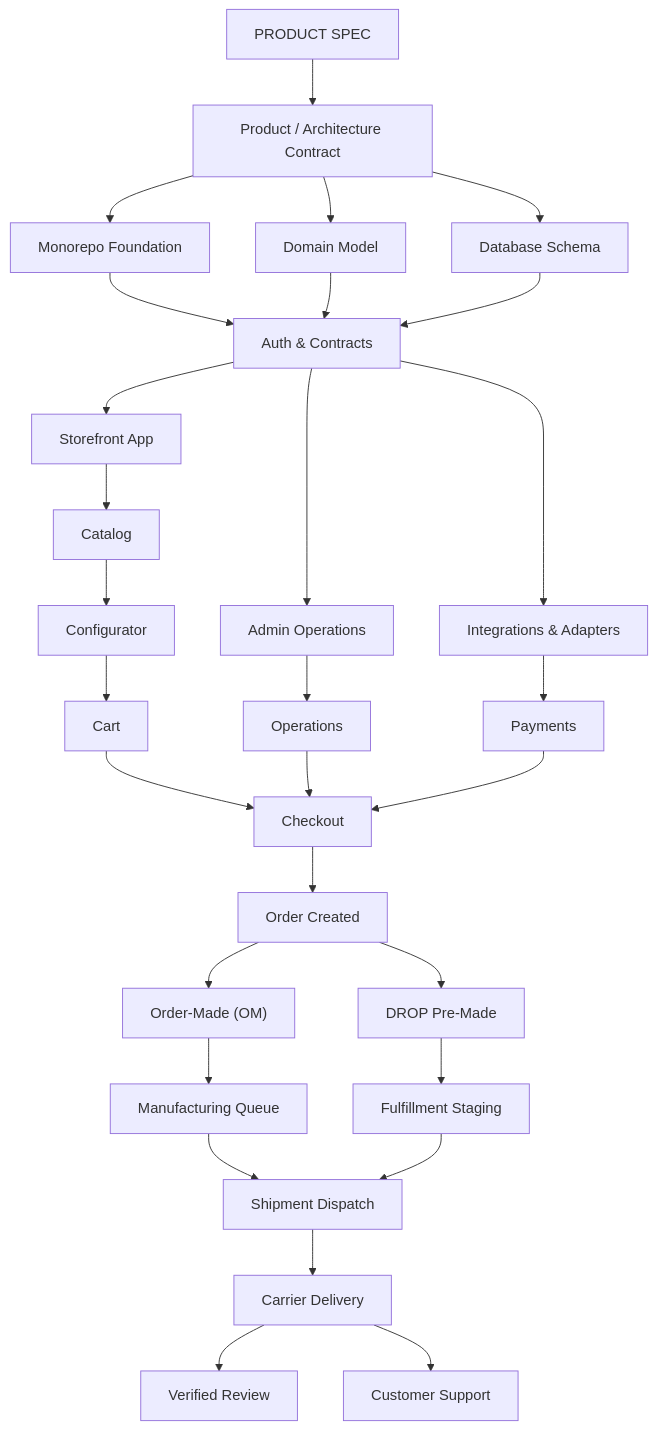
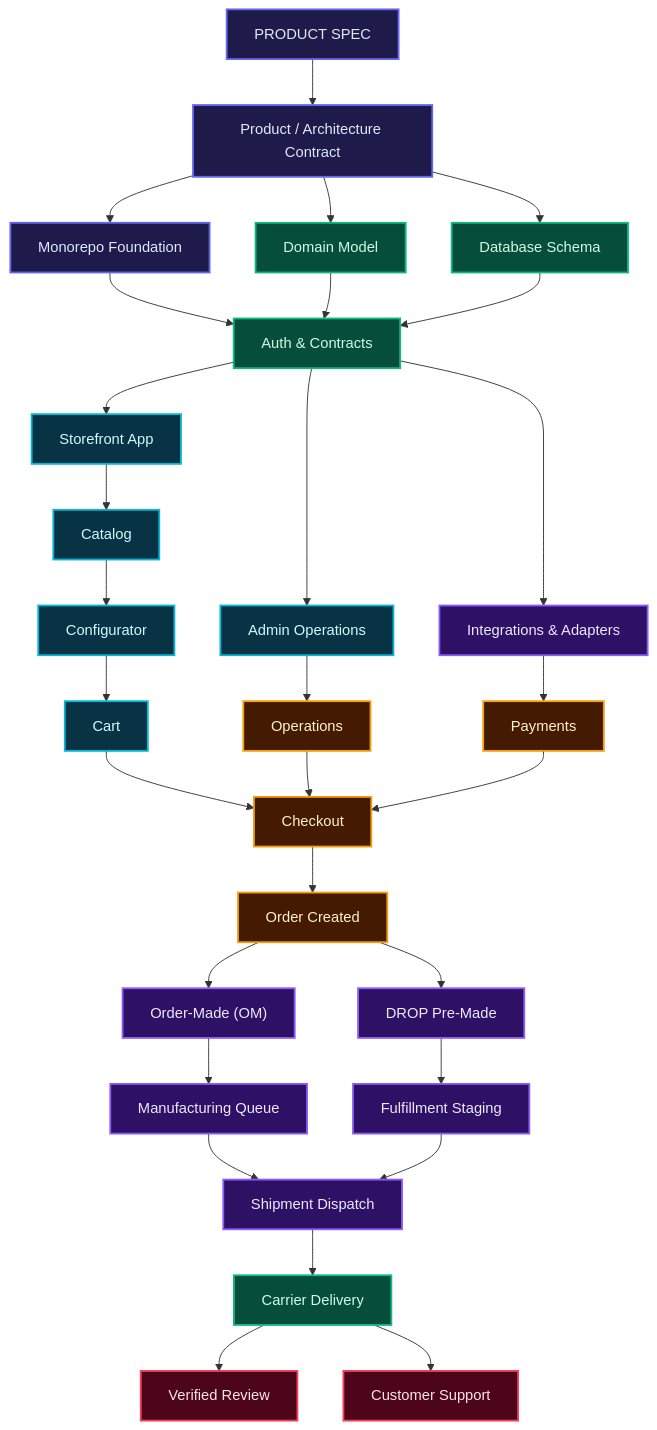
One commit to Sarthak2233/Jeanius changed the diagram in docs/assets/diagrams/src/master-dependency-graph.mmd. Above: the diagram before and after it, drawn with Mermaid. The commit also changed 43 other files, not shown here.

First line of the commit message:
feat(docs): revamp diagrams with high-contrast dark atelier card styling and semantic palettes

```diff
--- a/docs/assets/diagrams/src/master-dependency-graph.mmd
+++ b/docs/assets/diagrams/src/master-dependency-graph.mmd
@@ -1,37 +1,51 @@
 graph TD
     Spec["PRODUCT SPEC"] --> Contract["Product / Architecture Contract"]
     Contract --> Monorepo["Monorepo Foundation"]
     Contract --> Domain["Domain Model"]
     Contract --> Database["Database Schema"]
 
     Monorepo --> Auth["Auth & Contracts"]
     Domain --> Auth
     Database --> Auth
 
     Auth --> Storefront["Storefront App"]
     Auth --> Admin["Admin Operations"]
     Auth --> Integrations["Integrations & Adapters"]
 
     Storefront --> Catalog["Catalog"]
     Admin --> Operations["Operations"]
     Integrations --> Payments["Payments"]
 
     Catalog --> Configurator["Configurator"]
     Configurator --> Cart["Cart"]
     Cart --> Checkout["Checkout"]
     Operations --> Checkout
     Payments --> Checkout
 
     Checkout --> Order["Order Created"]
     Order --> OM["Order-Made (OM)"]
     Order --> DROP["DROP Pre-Made"]
 
     OM --> Manufacturing["Manufacturing Queue"]
     DROP --> Fulfillment["Fulfillment Staging"]
 
     Manufacturing --> Shipment["Shipment Dispatch"]
     Fulfillment --> Shipment
 
     Shipment --> Delivery["Carrier Delivery"]
     Delivery --> Review["Verified Review"]
     Delivery --> Support["Customer Support"]
+
+    classDef indigo fill:#1e1b4b,stroke:#6366f1,stroke-width:2px,color:#e0e7ff;
+    classDef cyan fill:#083344,stroke:#06b6d4,stroke-width:2px,color:#cffafe;
+    classDef emerald fill:#064e3b,stroke:#10b981,stroke-width:2px,color:#d1fae5;
+    classDef amber fill:#451a03,stroke:#f59e0b,stroke-width:2px,color:#fef3c7;
+    classDef violet fill:#2e1065,stroke:#8b5cf6,stroke-width:2px,color:#ede9fe;
+    classDef rose fill:#4c0519,stroke:#f43f5e,stroke-width:2px,color:#ffe4e6;
+
+    class Spec,Contract,Monorepo indigo;
+    class Domain,Database,Auth,Delivery emerald;
+    class Storefront,Admin,Catalog,Configurator,Cart cyan;
+    class Operations,Payments,Checkout,Order amber;
+    class Integrations,OM,DROP,Manufacturing,Fulfillment,Shipment violet;
+    class Review,Support rose;
```
